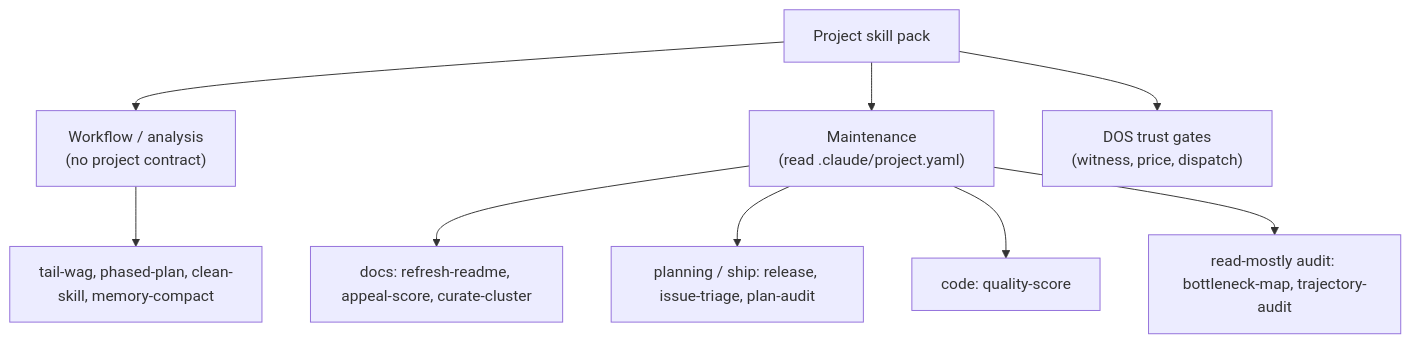
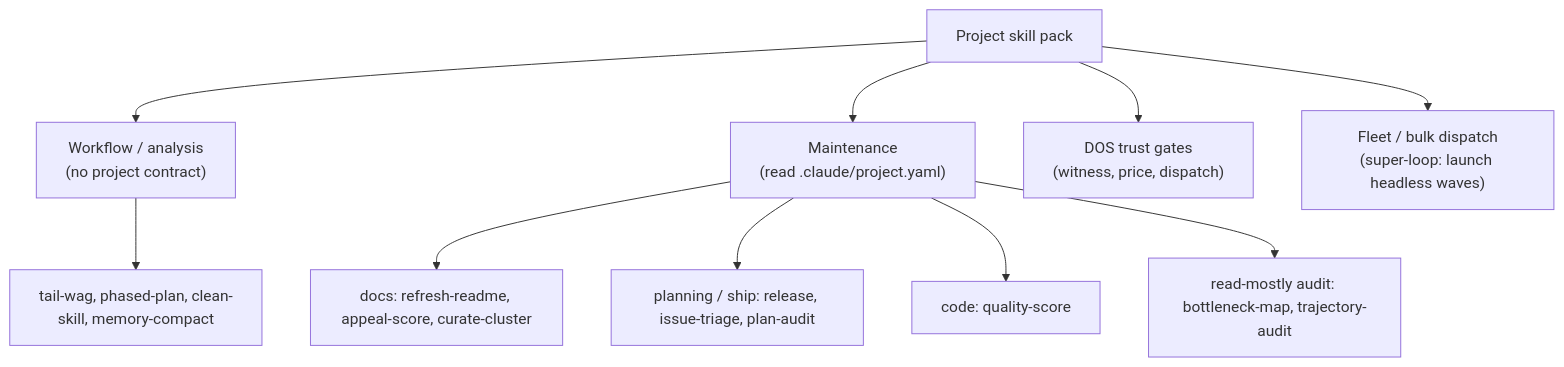
One commit to anthony-chaudhary/fak changed the diagram in .claude/skills/README.md. Above: the diagram before and after it, drawn with Mermaid. The commit also changed other lines of this file and 2 other files, not shown here.

Commit message:
docs(skill): add super-loop bulk-headless dispatch skill + wave fuel (fak claude)

````diff
--- a/.claude/skills/README.md
+++ b/.claude/skills/README.md
@@ -10,11 +10,12 @@
 ```mermaid
 flowchart TD
   Pack["Project skill pack"] --> WF["Workflow / analysis<br/>(no project contract)"]
   Pack --> MN["Maintenance<br/>(read .claude/project.yaml)"]
   WF --> Analysis["tail-wag, phased-plan, clean-skill, memory-compact"]
   MN --> Doc["docs: refresh-readme, appeal-score, curate-cluster"]
   MN --> Plan["planning / ship: release, issue-triage, plan-audit"]
   MN --> Quality["code: quality-score"]
   MN --> Audit["read-mostly audit: bottleneck-map, trajectory-audit"]
   Pack --> DOS["DOS trust gates<br/>(witness, price, dispatch)"]
+  Pack --> Fleet["Fleet / bulk dispatch<br/>(super-loop: launch headless waves)"]
 ```
````
